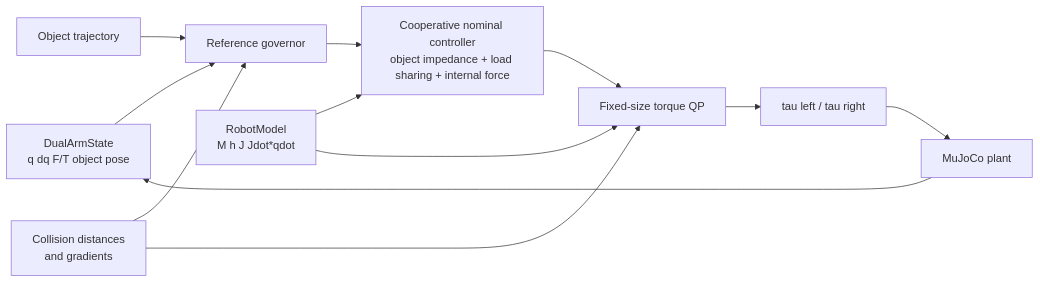
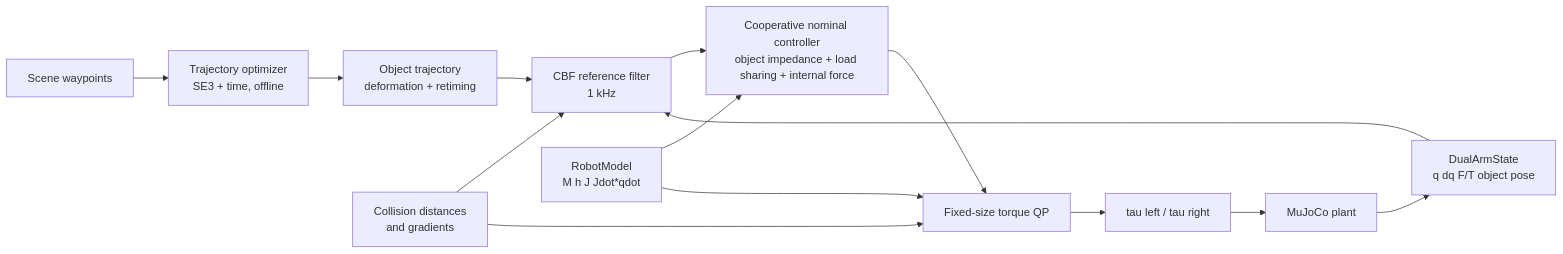
Before and after one commit to haot1an/dual-arm-cooperative-manipulation: the diagram in README.md, drawn with Mermaid. The commit also changed other lines of this file and 66 other files, not shown here.

````diff
--- a/README.md
+++ b/README.md
@@ -73,14 +178,16 @@
 ```mermaid
 flowchart LR
-    S[DualArmState\nq dq F/T object pose] --> G[Reference governor]
-    T[Object trajectory] --> G
-    C[Collision distances\nand gradients] --> G
-    G --> N[Cooperative nominal controller\nobject impedance + load sharing + internal force]
+    W[Scene waypoints] --> PL[Trajectory optimizer<br/>SE3 + time, offline]
+    PL --> T[Object trajectory<br/>deformation + retiming]
+    T --> G[CBF reference filter<br/>1 kHz]
+    S[DualArmState<br/>q dq F/T object pose] --> G
+    C[Collision distances<br/>and gradients] --> G
+    G --> N[Cooperative nominal controller<br/>object impedance + load sharing + internal force]
     N --> Q[Fixed-size torque QP]
     C --> Q
-    M[RobotModel\nM h J Jdot*qdot] --> N
+    M[RobotModel<br/>M h J Jdot*qdot] --> N
     M --> Q
     Q --> U[tau left / tau right]
     U --> P[MuJoCo plant]
     P --> S
 ```
````
